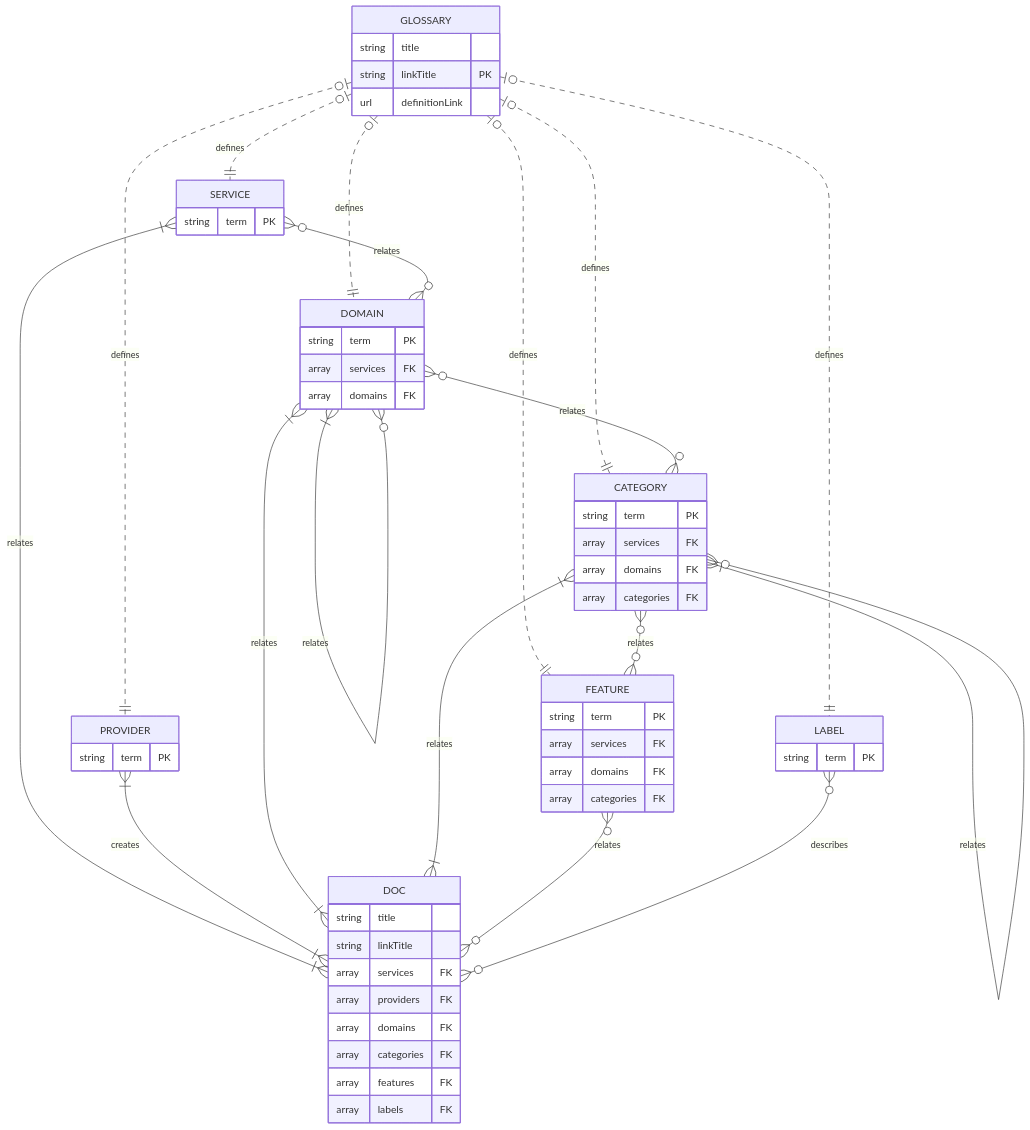
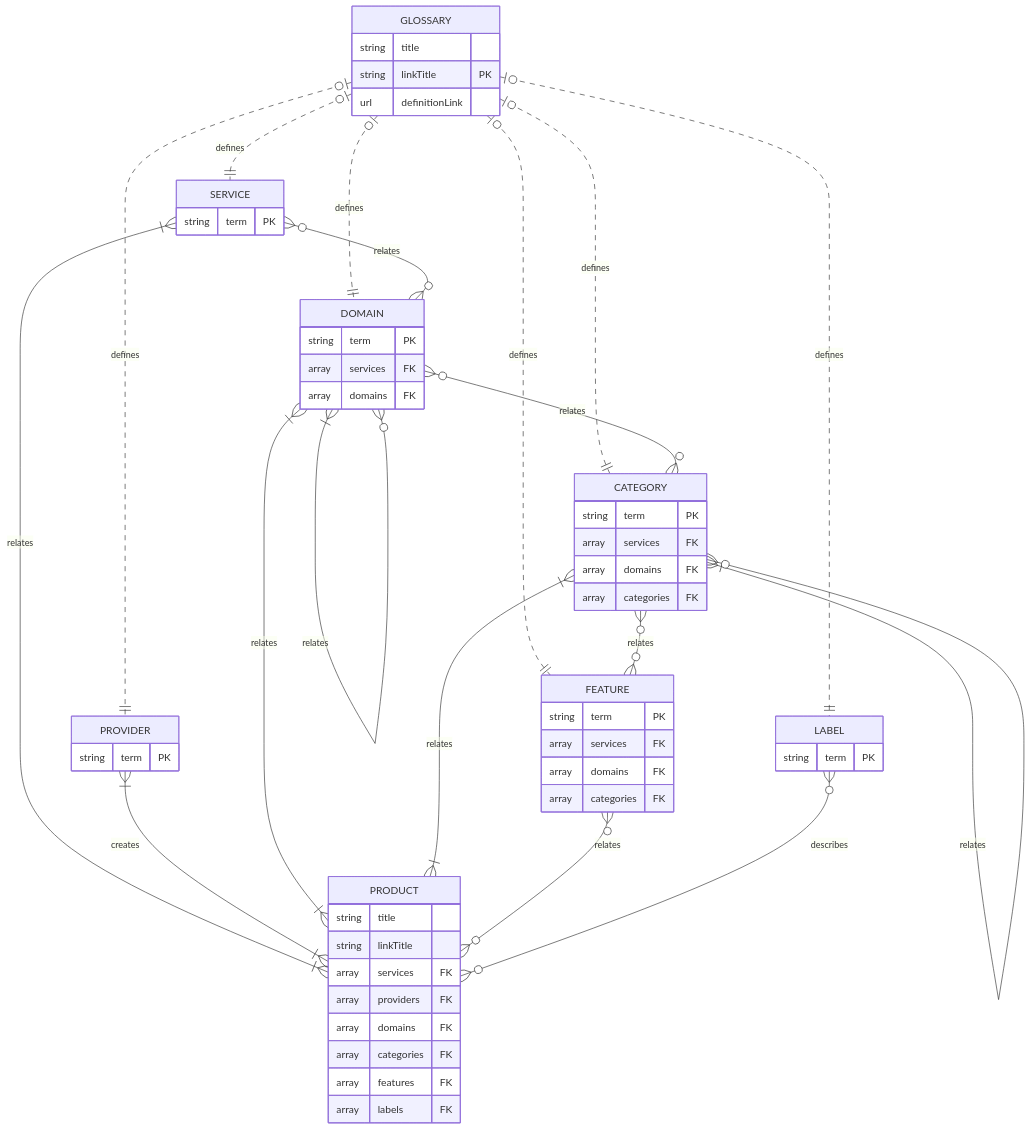
Before and after one commit to lexical-cloud/lexical-cloud-docs: the third of 4 diagrams in en/pages/data-model.md, drawn with Mermaid. The commit also changed other lines of this file and 289 other files, not shown here.

````diff
--- a/en/pages/data-model.md
+++ b/en/pages/data-model.md
@@ -125,61 +125,61 @@
 ```mermaid
 erDiagram
     GLOSSARY |o..|| PROVIDER : defines
     GLOSSARY |o..|| SERVICE : defines
     GLOSSARY |o..|| DOMAIN : defines
     GLOSSARY |o..|| CATEGORY : defines
     GLOSSARY |o..|| FEATURE : defines
     GLOSSARY |o..|| LABEL : defines
     GLOSSARY {
         string title
         string linkTitle PK
         url definitionLink
     }
-    SERVICE }|--|{ DOC : relates
+    SERVICE }|--|{ PRODUCT : relates
     SERVICE }o--o{ DOMAIN : relates
     SERVICE {
         string term PK
     }
-    PROVIDER }|--|{ DOC : creates
+    PROVIDER }|--|{ PRODUCT : creates
     PROVIDER {
         string term PK
     }
-    DOMAIN }|--|{ DOC : relates
+    DOMAIN }|--|{ PRODUCT : relates
     DOMAIN }o--o{ CATEGORY : relates
     DOMAIN }|--o{ DOMAIN : relates
     DOMAIN {
         string term PK
         array services FK
         array domains FK
     }
-    CATEGORY }|--|{ DOC : relates 
+    CATEGORY }|--|{ PRODUCT : relates 
     CATEGORY }o--o{ FEATURE : relates
     CATEGORY }|--o{ CATEGORY: relates
     CATEGORY {
         string term PK
         array services FK
         array domains FK
         array categories FK
     }
-    FEATURE }o--o{ DOC : relates 
+    FEATURE }o--o{ PRODUCT : relates 
     FEATURE {
         string term PK
         array services FK
         array domains FK
         array categories FK
     }
-    LABEL }o--o{ DOC : describes
+    LABEL }o--o{ PRODUCT : describes
     LABEL {
         string term PK
     }
-    DOC {
+    PRODUCT {
         string title
         string linkTitle
         array services FK
         array providers FK
         array domains FK
         array categories FK
         array features FK
         array labels FK
     }
 ```
````
